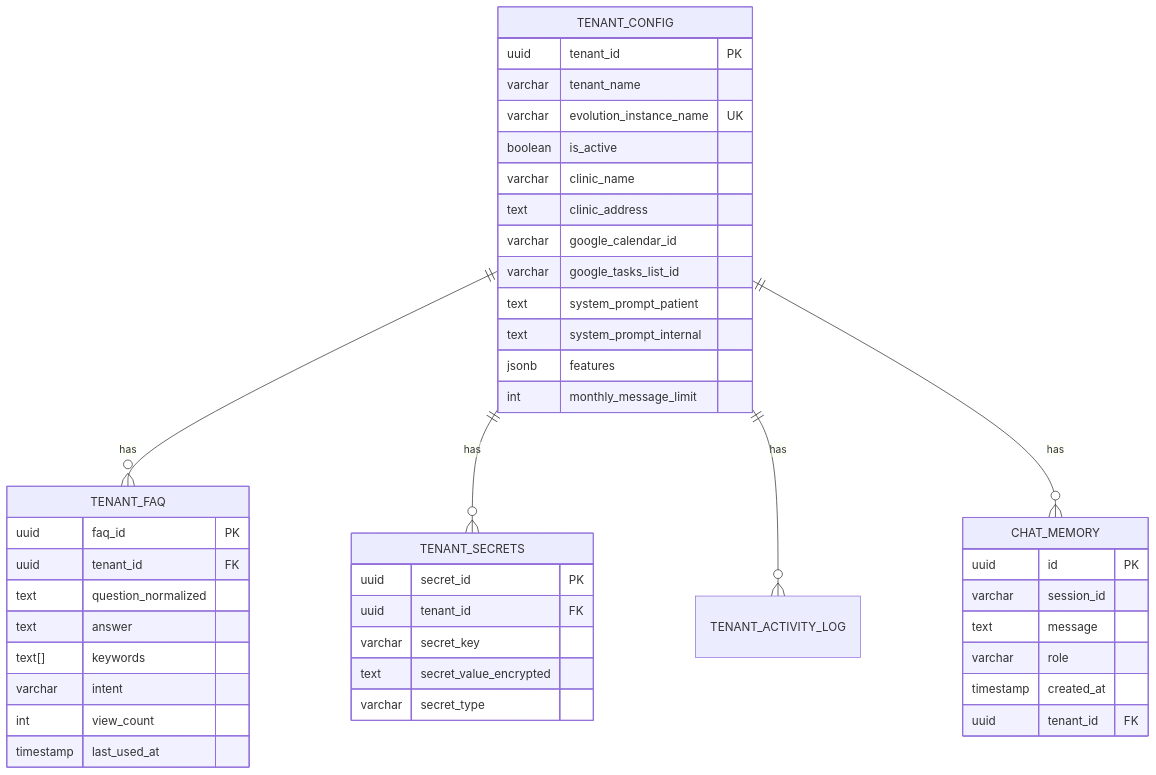
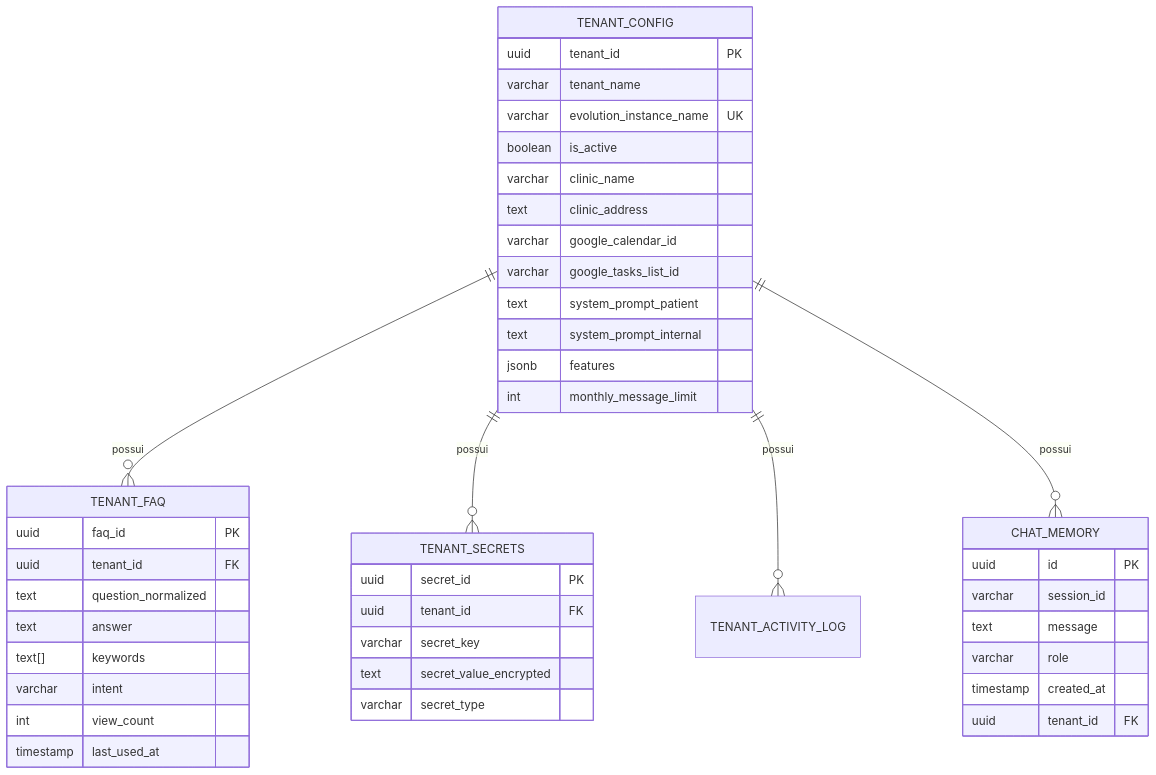
Before and after one commit to RenanLisboa8/n8n-clinic-multiagent: the third of 10 diagrams in docs/ARCHITECTURE.md, drawn with Mermaid. The commit also changed other lines of this file and 3 other files, not shown here.

First line of the commit message:
Translate architecture and deployment documentation to Portuguese

````diff
--- a/docs/ARCHITECTURE.md
+++ b/docs/ARCHITECTURE.md
@@ -121,50 +121,50 @@
 ```mermaid
 erDiagram
-    TENANT_CONFIG ||--o{ TENANT_FAQ : has
-    TENANT_CONFIG ||--o{ TENANT_SECRETS : has
-    TENANT_CONFIG ||--o{ TENANT_ACTIVITY_LOG : has
-    TENANT_CONFIG ||--o{ CHAT_MEMORY : has
+    TENANT_CONFIG ||--o{ TENANT_FAQ : possui
+    TENANT_CONFIG ||--o{ TENANT_SECRETS : possui
+    TENANT_CONFIG ||--o{ TENANT_ACTIVITY_LOG : possui
+    TENANT_CONFIG ||--o{ CHAT_MEMORY : possui
     
     TENANT_CONFIG {
         uuid tenant_id PK
         varchar tenant_name
         varchar evolution_instance_name UK
         boolean is_active
         varchar clinic_name
         text clinic_address
         varchar google_calendar_id
         varchar google_tasks_list_id
         text system_prompt_patient
         text system_prompt_internal
         jsonb features
         int monthly_message_limit
     }
     
     TENANT_FAQ {
         uuid faq_id PK
         uuid tenant_id FK
         text question_normalized
         text answer
         text[] keywords
         varchar intent
         int view_count
         timestamp last_used_at
     }
     
     TENANT_SECRETS {
         uuid secret_id PK
         uuid tenant_id FK
         varchar secret_key
         text secret_value_encrypted
         varchar secret_type
     }
     
     CHAT_MEMORY {
         uuid id PK
         varchar session_id
         text message
         varchar role
         timestamp created_at
         uuid tenant_id FK
     }
 ```
````
